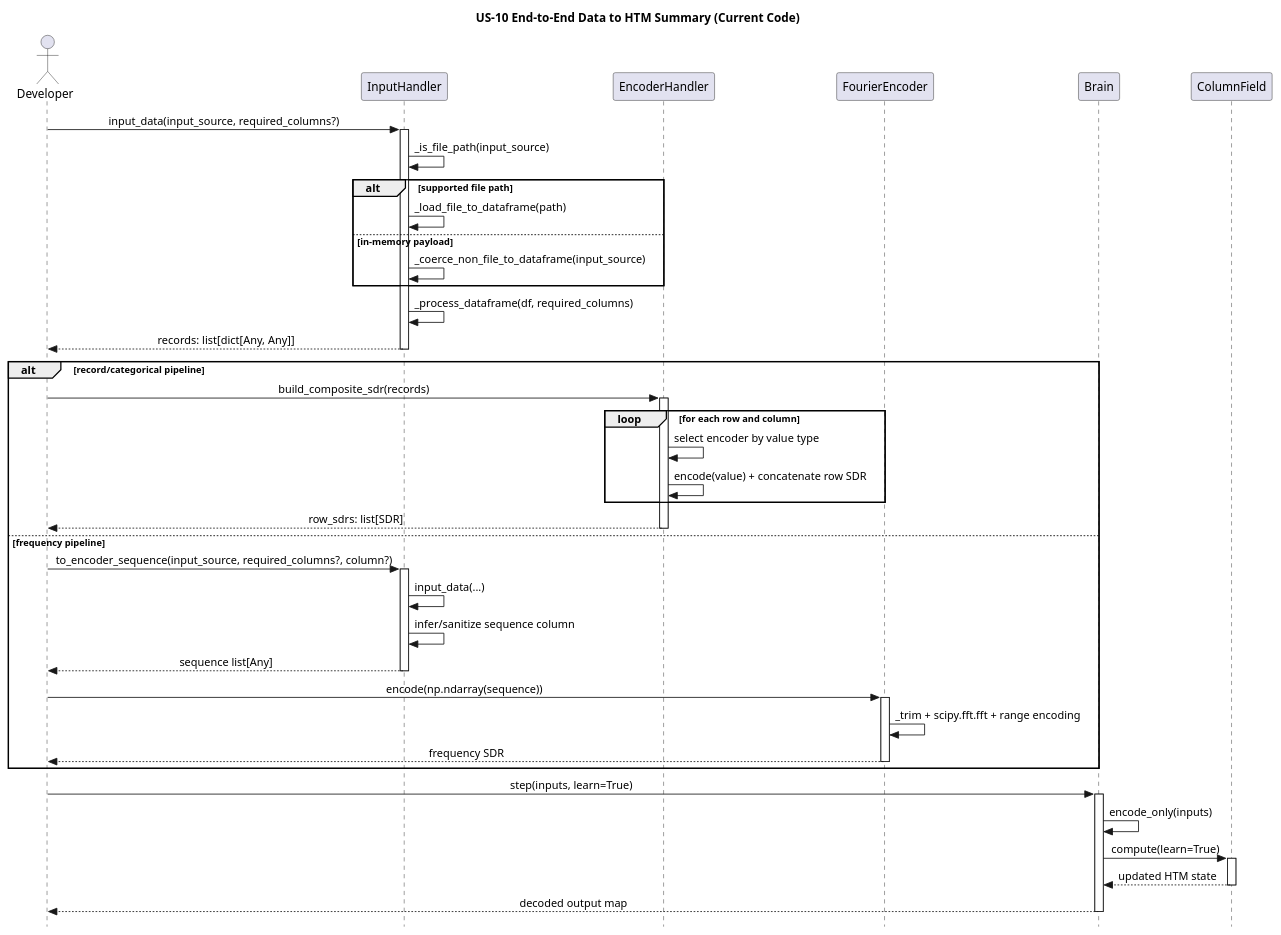
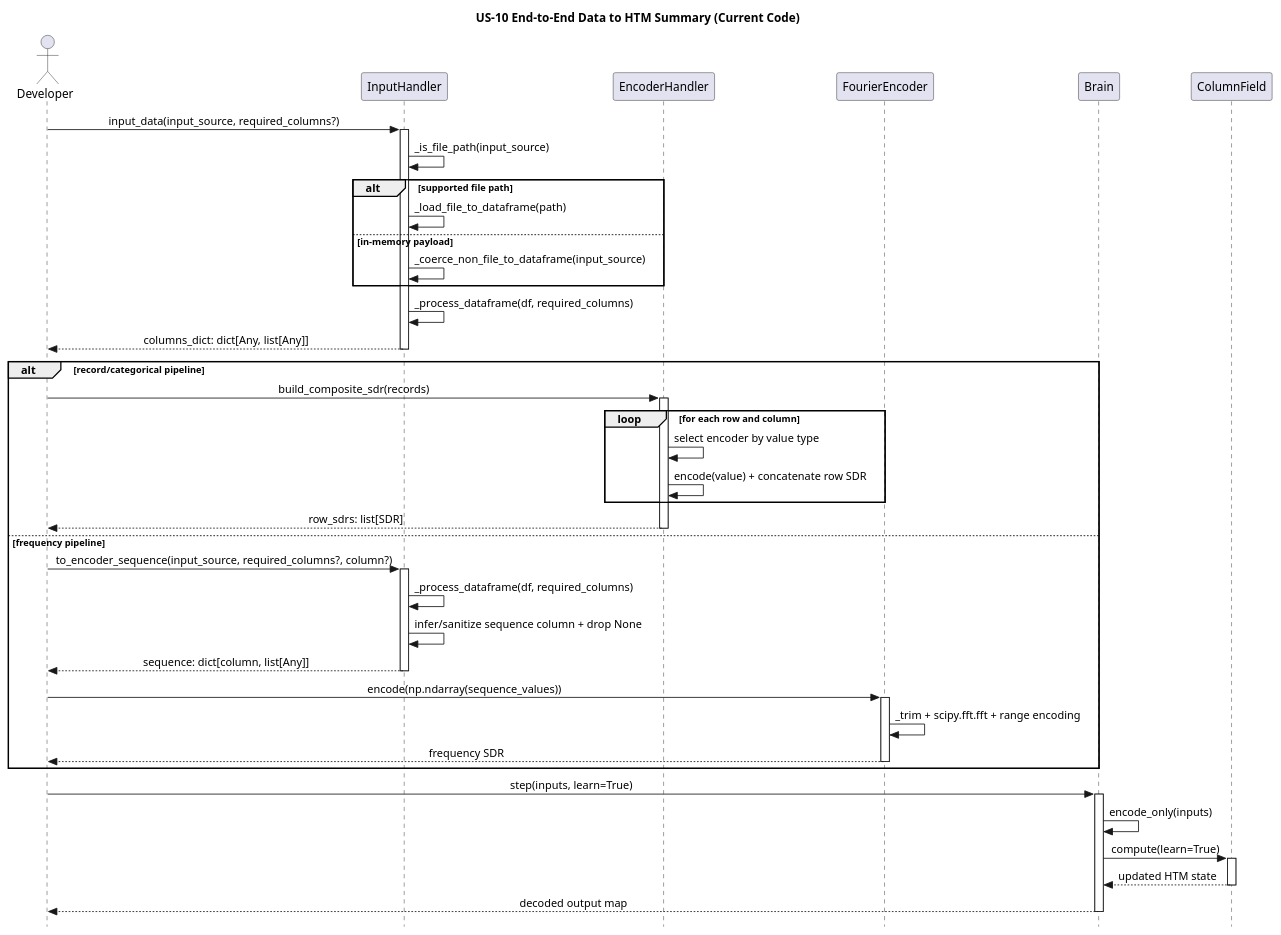
One commit to egrembocki/htmrl changed the diagram in docs/puml/US/us-10.puml. Above: the diagram before and after it, drawn with PlantUML. The commit also changed 5 other files, not shown here.

Commit message:
Update US sequence diagrams for current InputHandler flow

```diff
--- a/docs/puml/US/us-10.puml
+++ b/docs/puml/US/us-10.puml
@@ -1,59 +1,59 @@
 @startuml
 skinparam style strictuml
 skinparam sequenceMessageAlign center
 skinparam responseMessageBelowArrow true
 title US-10 End-to-End Data to HTM Summary (Current Code)
 
 actor Developer
 participant "InputHandler" as IH
 participant "EncoderHandler" as EH
 participant "FourierEncoder" as FFT
 participant "Brain" as BR
 participant "ColumnField" as CF
 
 Developer -> IH: input_data(input_source, required_columns?)
 activate IH
 IH -> IH: _is_file_path(input_source)
 alt supported file path
   IH -> IH: _load_file_to_dataframe(path)
 else in-memory payload
   IH -> IH: _coerce_non_file_to_dataframe(input_source)
 end
 IH -> IH: _process_dataframe(df, required_columns)
-IH --> Developer: records: list[dict[Any, Any]]
+IH --> Developer: columns_dict: dict[Any, list[Any]]
 deactivate IH
 
 alt record/categorical pipeline
   Developer -> EH: build_composite_sdr(records)
   activate EH
   loop for each row and column
     EH -> EH: select encoder by value type
     EH -> EH: encode(value) + concatenate row SDR
   end
   EH --> Developer: row_sdrs: list[SDR]
   deactivate EH
 else frequency pipeline
   Developer -> IH: to_encoder_sequence(input_source, required_columns?, column?)
   activate IH
-  IH -> IH: input_data(...)
-  IH -> IH: infer/sanitize sequence column
-  IH --> Developer: sequence list[Any]
+  IH -> IH: _process_dataframe(df, required_columns)
+  IH -> IH: infer/sanitize sequence column + drop None
+  IH --> Developer: sequence: dict[column, list[Any]]
   deactivate IH
 
-  Developer -> FFT: encode(np.ndarray(sequence))
+  Developer -> FFT: encode(np.ndarray(sequence_values))
   activate FFT
   FFT -> FFT: _trim + scipy.fft.fft + range encoding
   FFT --> Developer: frequency SDR
   deactivate FFT
 end
 
 Developer -> BR: step(inputs, learn=True)
 activate BR
 BR -> BR: encode_only(inputs)
 BR -> CF: compute(learn=True)
 activate CF
 CF --> BR: updated HTM state
 deactivate CF
 BR --> Developer: decoded output map
 deactivate BR
 @enduml
```
